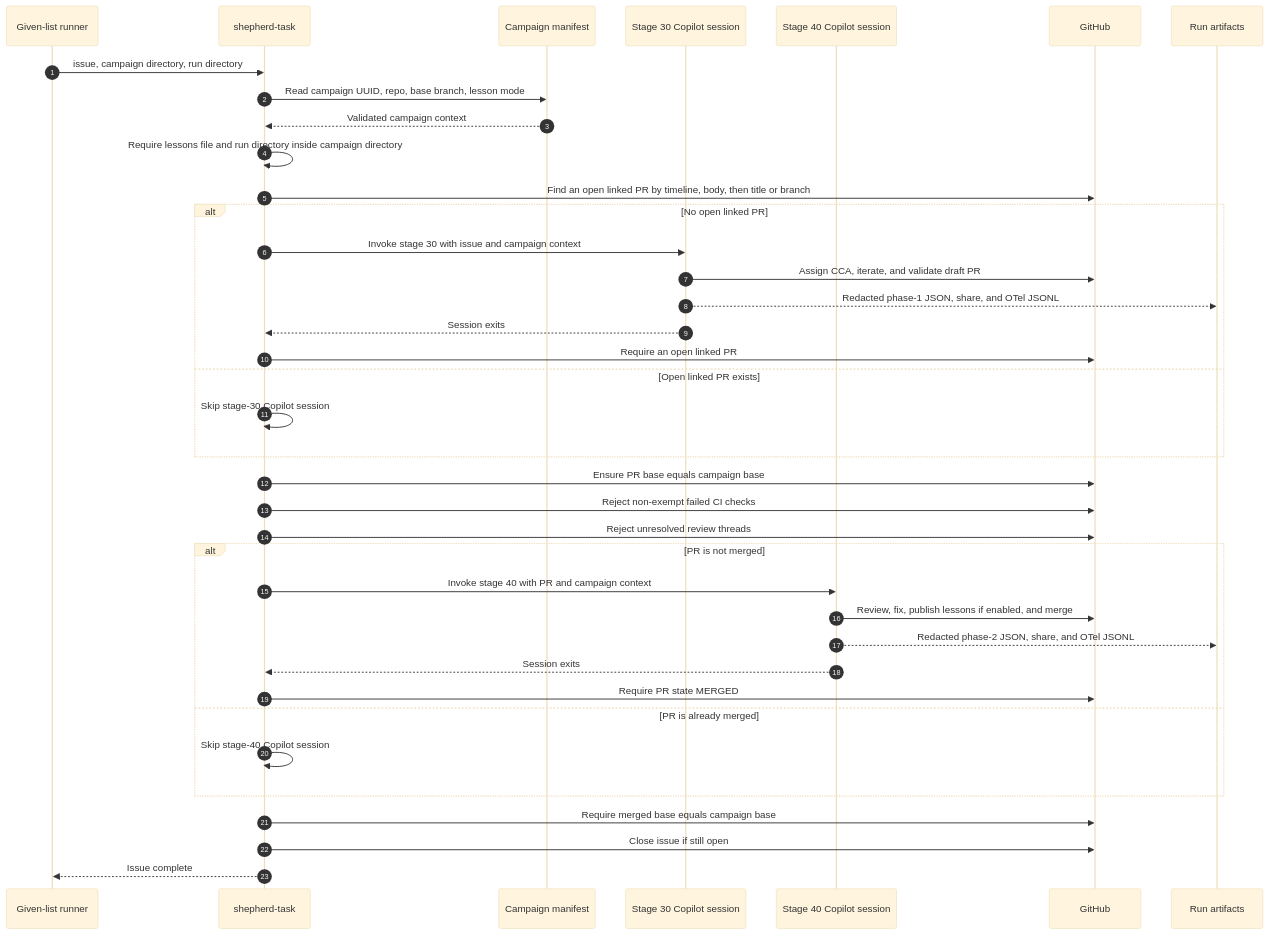
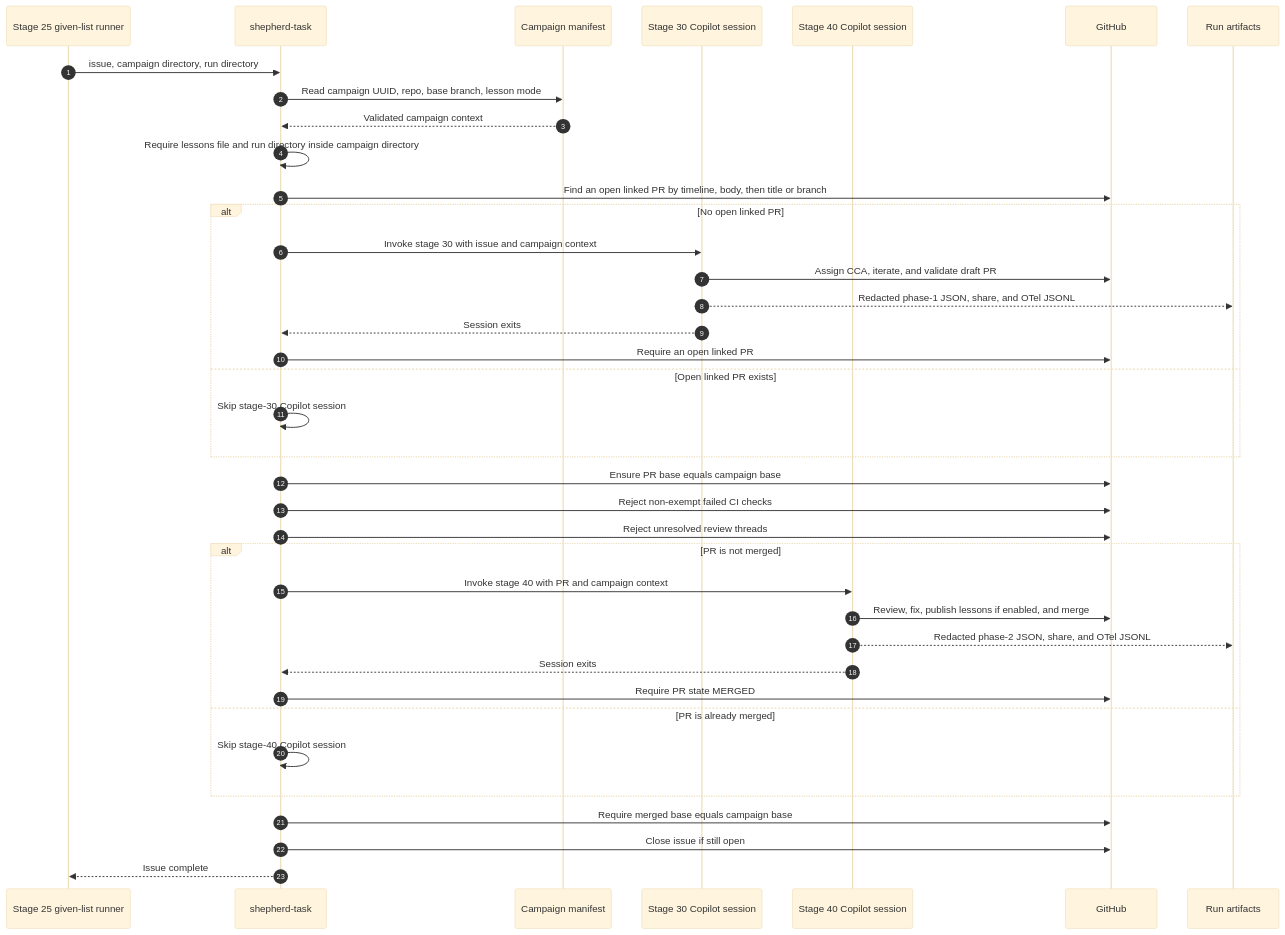
The diagram in plugins/shepherd-task/figure-02-shepherd-task.md (github/awesome-copilot), drawn with Mermaid (base theme) before and after one commit. The commit also changed 26 other files, not shown here.

````diff
--- a/plugins/shepherd-task/figure-02-shepherd-task.md
+++ b/plugins/shepherd-task/figure-02-shepherd-task.md
@@ -7,45 +7,45 @@
 ```mermaid
 sequenceDiagram
     autonumber
-    participant GL as Given-list runner
+    participant GL as Stage 25 given-list runner
     participant ST as shepherd-task
     participant CM as Campaign manifest
     participant P1 as Stage 30 Copilot session
     participant P2 as Stage 40 Copilot session
     participant GH as GitHub
     participant Art as Run artifacts
 
     GL->>ST: issue, campaign directory, run directory
     ST->>CM: Read campaign UUID, repo, base branch, lesson mode
     CM-->>ST: Validated campaign context
     ST->>ST: Require lessons file and run directory inside campaign directory
     ST->>GH: Find an open linked PR by timeline, body, then title or branch
 
     alt No open linked PR
         ST->>P1: Invoke stage 30 with issue and campaign context
         P1->>GH: Assign CCA, iterate, and validate draft PR
         P1-->>Art: Redacted phase-1 JSON, share, and OTel JSONL
         P1-->>ST: Session exits
         ST->>GH: Require an open linked PR
     else Open linked PR exists
         ST->>ST: Skip stage-30 Copilot session
     end
 
     ST->>GH: Ensure PR base equals campaign base
     ST->>GH: Reject non-exempt failed CI checks
     ST->>GH: Reject unresolved review threads
 
     alt PR is not merged
         ST->>P2: Invoke stage 40 with PR and campaign context
         P2->>GH: Review, fix, publish lessons if enabled, and merge
         P2-->>Art: Redacted phase-2 JSON, share, and OTel JSONL
         P2-->>ST: Session exits
         ST->>GH: Require PR state MERGED
     else PR is already merged
         ST->>ST: Skip stage-40 Copilot session
     end
 
     ST->>GH: Require merged base equals campaign base
     ST->>GH: Close issue if still open
     ST-->>GL: Issue complete
 ```
````
